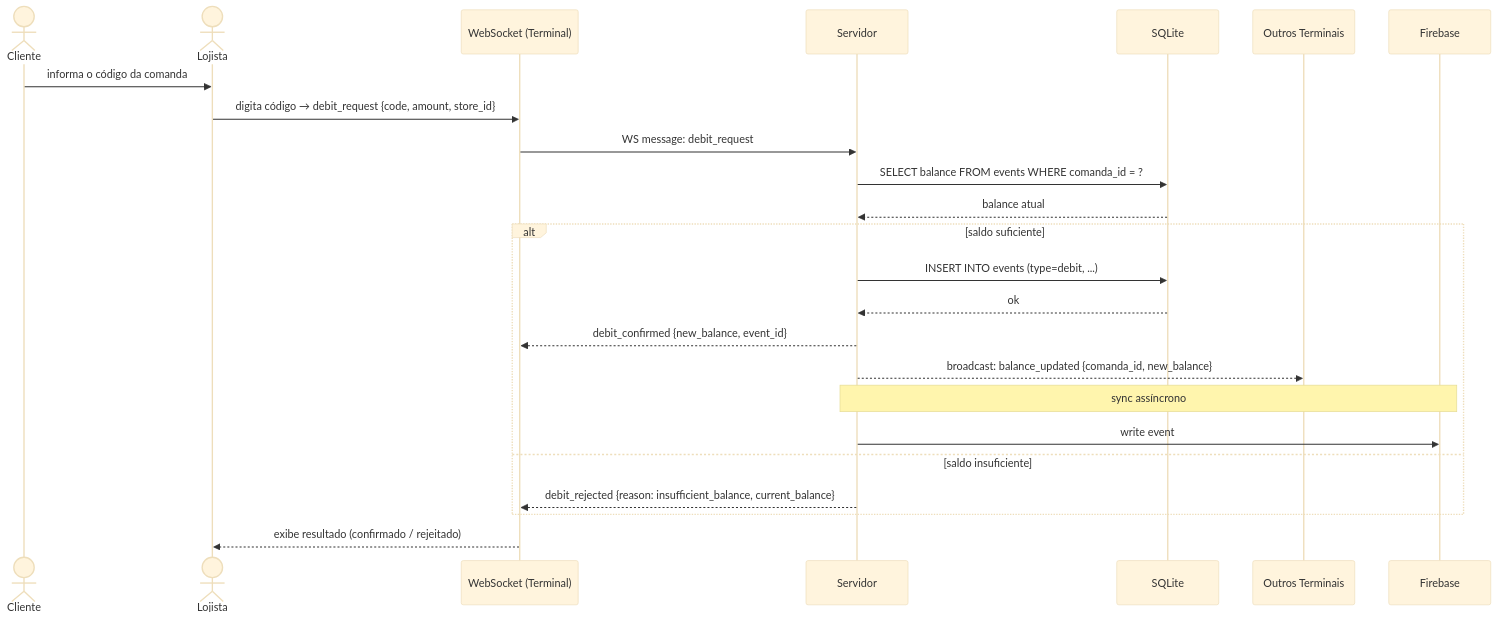
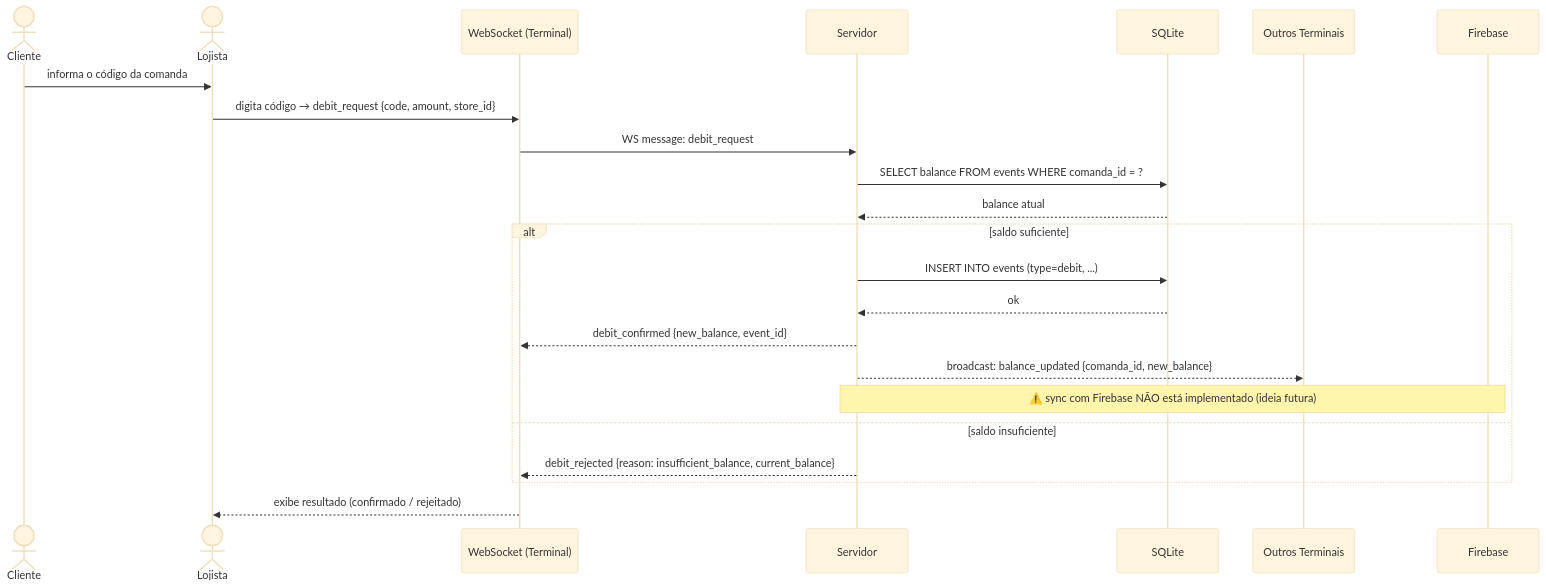
Before and after one commit to fiorionrails/feira-da-troca: the second of 5 diagrams in docs/diagrams/sequence.md, drawn with Mermaid (base theme). The commit also changed other lines of this file and 3 other files, not shown here.

````diff
--- a/docs/diagrams/sequence.md
+++ b/docs/diagrams/sequence.md
@@ -42,32 +41,31 @@
 ```mermaid
 sequenceDiagram
     actor Cliente
     actor Lojista
     participant WS as WebSocket (Terminal)
     participant API as Servidor
     participant DB as SQLite
     participant Outros as Outros Terminais
     participant FB as Firebase
 
     Cliente->>Lojista: informa o código da comanda
     Lojista->>WS: digita código → debit_request {code, amount, store_id}
     
     WS->>API: WS message: debit_request
     
     API->>DB: SELECT balance FROM events WHERE comanda_id = ?
     DB-->>API: balance atual
     
     alt saldo suficiente
         API->>DB: INSERT INTO events (type=debit, ...)
         DB-->>API: ok
         API-->>WS: debit_confirmed {new_balance, event_id}
         API-->>Outros: broadcast: balance_updated {comanda_id, new_balance}
         
-        Note over API,FB: sync assíncrono
-        API->>FB: write event
+        Note over API,FB: ⚠️ sync com Firebase NÃO está implementado (ideia futura)
     else saldo insuficiente
         API-->>WS: debit_rejected {reason: insufficient_balance, current_balance}
     end
     
     WS-->>Lojista: exibe resultado (confirmado / rejeitado)
 ```
````
